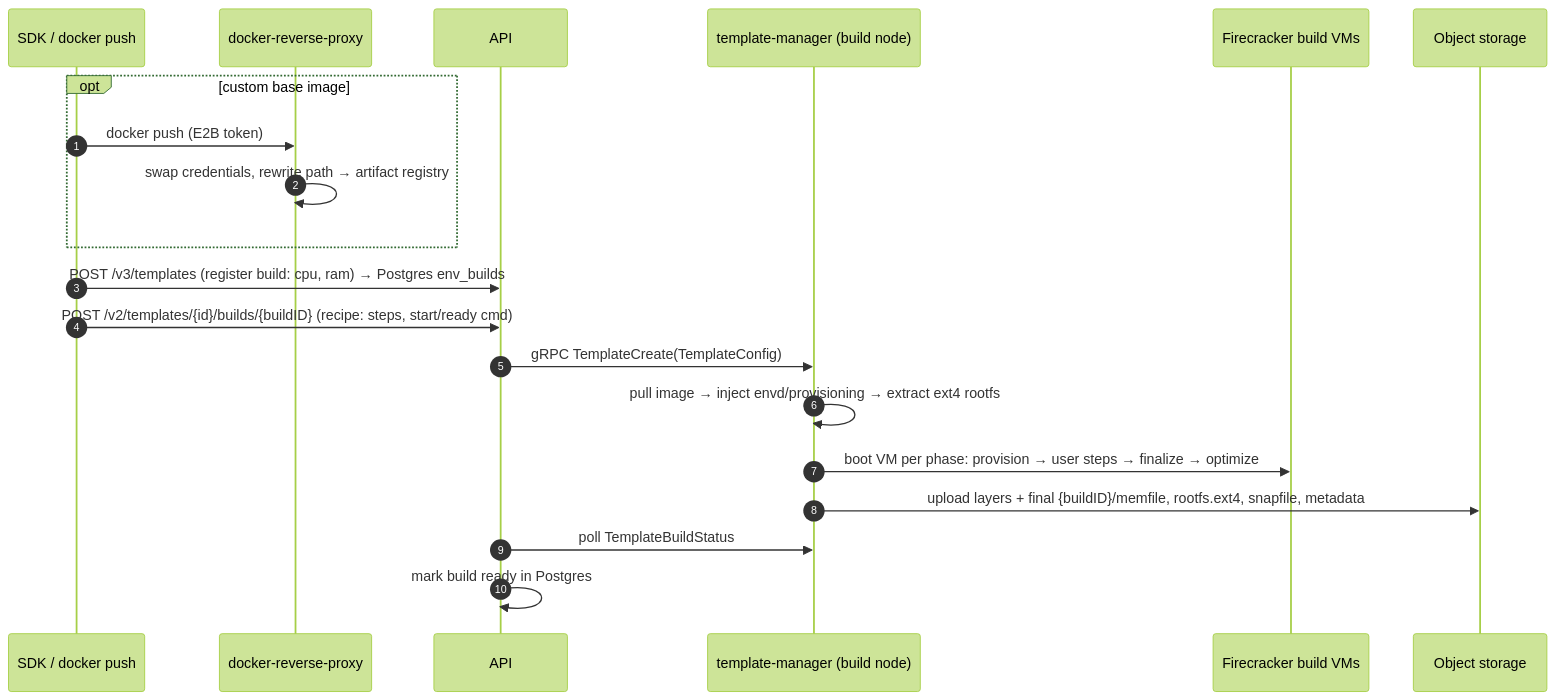
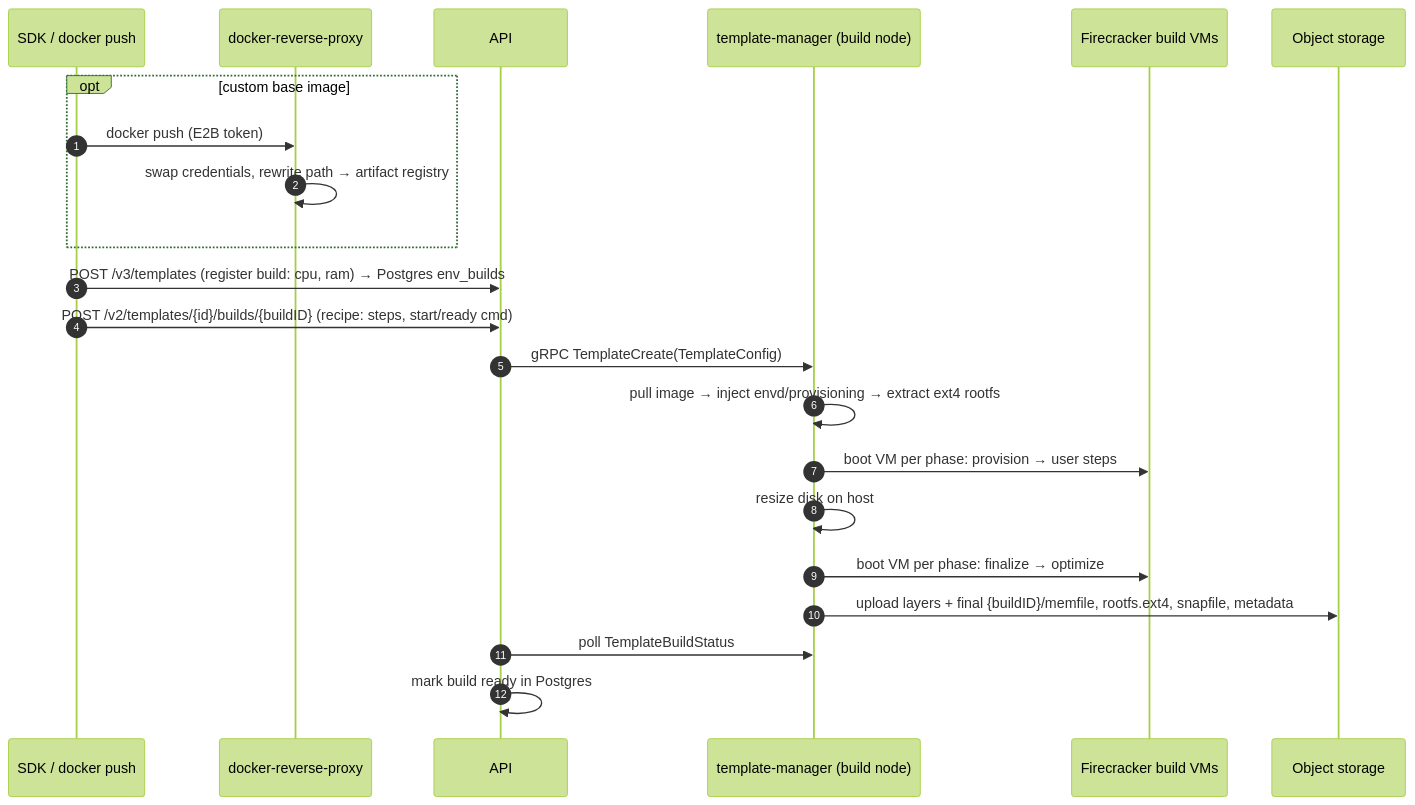
Before and after one commit to e2b-dev/infra: the fourth of 5 diagrams in docs/ARCHITECTURE.md, drawn with Mermaid (forest theme). The commit also changed other lines of this file and 17 other files, not shown here.

````diff
--- a/docs/ARCHITECTURE.md
+++ b/docs/ARCHITECTURE.md
@@ -278,23 +278,25 @@
 ```mermaid
 sequenceDiagram
     autonumber
     participant C as SDK / docker push
     participant DRP as docker-reverse-proxy
     participant API as API
     participant TM as template-manager (build node)
     participant FC as Firecracker build VMs
     participant OS as Object storage
 
     opt custom base image
         C->>DRP: docker push (E2B token)
         DRP->>DRP: swap credentials, rewrite path → artifact registry
     end
     C->>API: POST /v3/templates (register build: cpu, ram) → Postgres env_builds
     C->>API: POST /v2/templates/{id}/builds/{buildID} (recipe: steps, start/ready cmd)
     API->>TM: gRPC TemplateCreate(TemplateConfig)
     TM->>TM: pull image → inject envd/provisioning → extract ext4 rootfs
-    TM->>FC: boot VM per phase: provision → user steps → finalize → optimize
+    TM->>FC: boot VM per phase: provision → user steps
+    TM->>TM: resize disk on host
+    TM->>FC: boot VM per phase: finalize → optimize
     TM->>OS: upload layers + final {buildID}/memfile, rootfs.ext4, snapfile, metadata
     API->>TM: poll TemplateBuildStatus
     API->>API: mark build ready in Postgres
 ```
````
